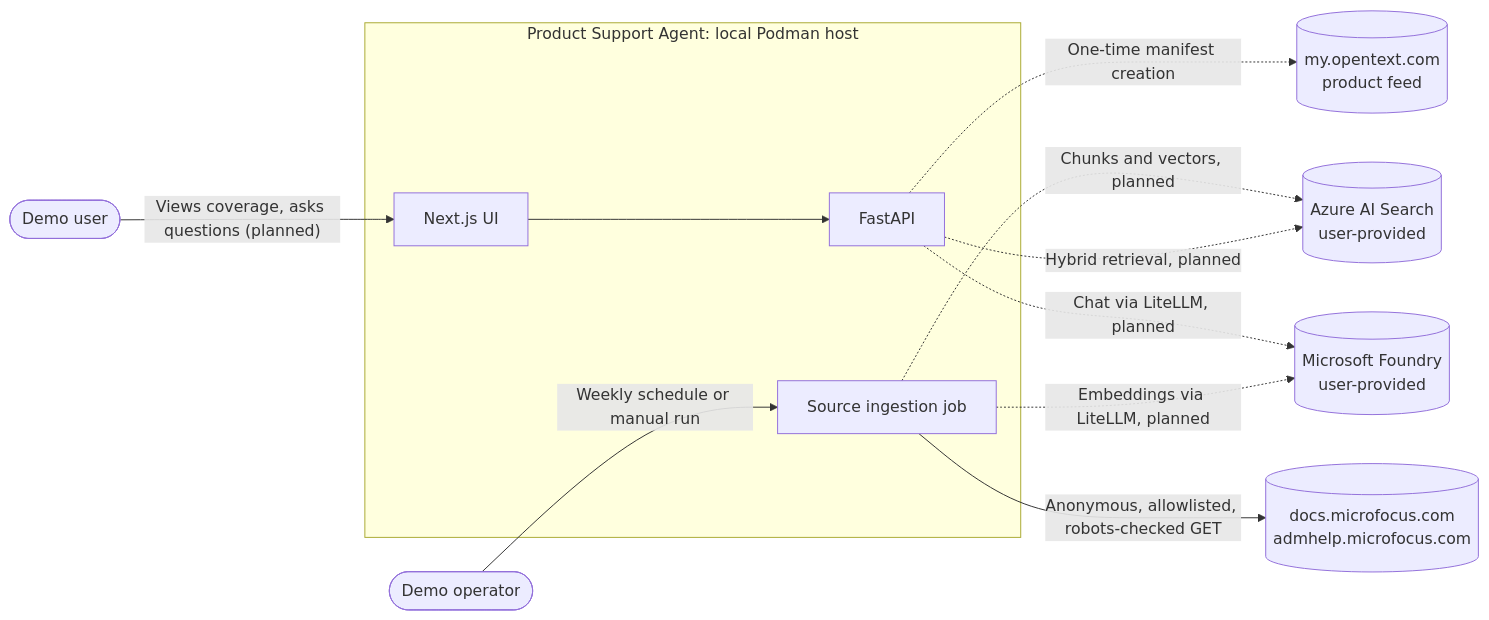
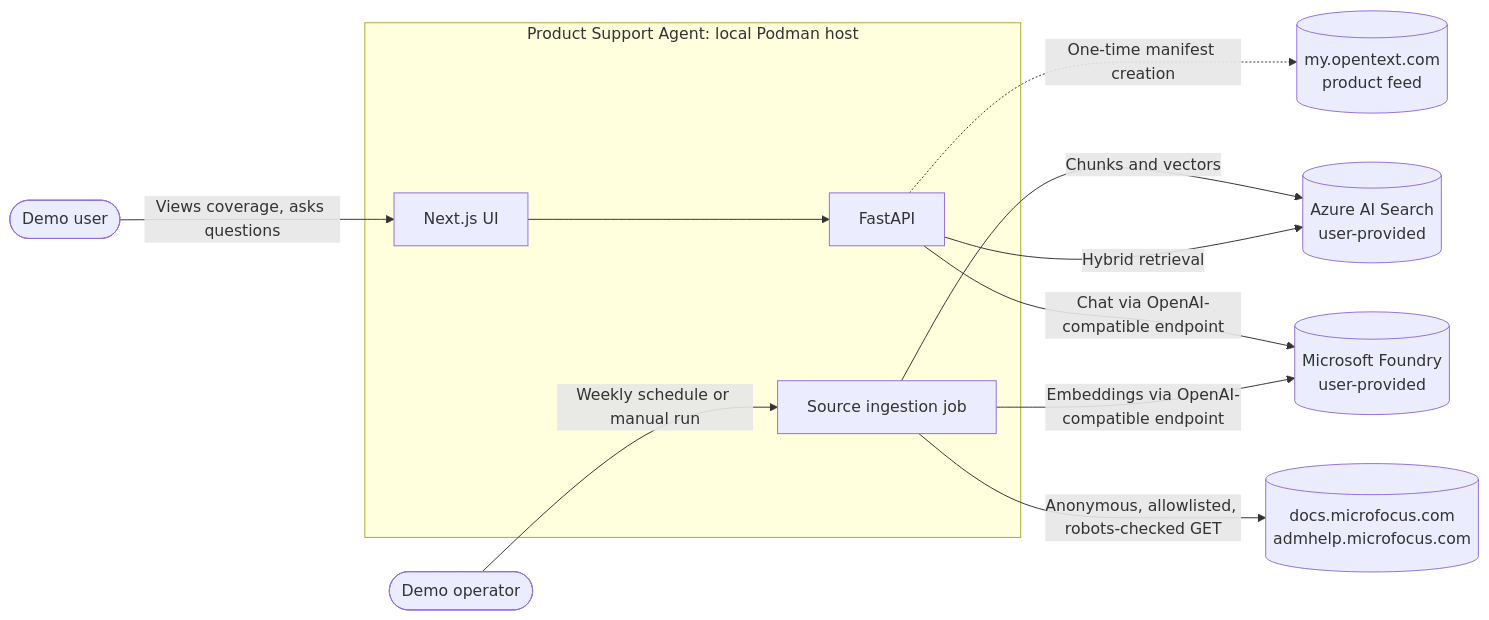
One commit to ubk1004/product-support-agent changed the first of 9 diagrams in docs/architecture/architecture-overview.md. Above: the diagram before and after it, drawn with Mermaid. The commit also changed other lines of this file and 31 other files, not shown here.

````diff
--- a/docs/architecture/architecture-overview.md
+++ b/docs/architecture/architecture-overview.md
@@ -37,26 +37,26 @@
 ```mermaid
 flowchart LR
     User([Demo user])
     Operator([Demo operator])
 
     subgraph App["Product Support Agent: local Podman host"]
         UI[Next.js UI]
         API[FastAPI]
         Ingest[Source ingestion job]
     end
 
     Catalog[(my.opentext.com<br/>product feed)]
     Docs[(docs.microfocus.com<br/>admhelp.microfocus.com)]
     Search[(Azure AI Search<br/>user-provided)]
     Foundry[(Microsoft Foundry<br/>user-provided)]
 
-    User -->|"Views coverage, asks questions (planned)"| UI
+    User -->|"Views coverage, asks questions"| UI
     UI --> API
     Operator -->|Weekly schedule or manual run| Ingest
     API -.->|One-time manifest creation| Catalog
     Ingest -->|Anonymous, allowlisted, robots-checked GET| Docs
-    Ingest -.->|Chunks and vectors, planned| Search
-    API -.->|Hybrid retrieval, planned| Search
-    API -.->|Chat via LiteLLM, planned| Foundry
-    Ingest -.->|Embeddings via LiteLLM, planned| Foundry
+    Ingest -->|Chunks and vectors| Search
+    API -->|Hybrid retrieval| Search
+    API -->|Chat via OpenAI-compatible endpoint| Foundry
+    Ingest -->|Embeddings via OpenAI-compatible endpoint| Foundry
 ```
````
